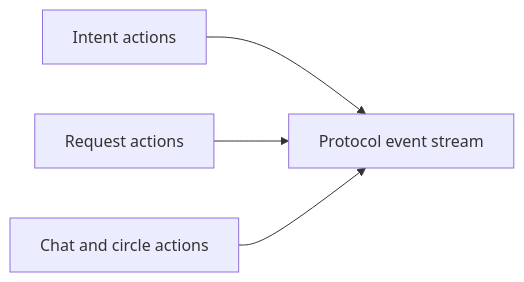
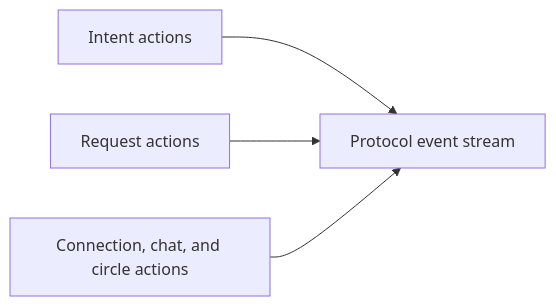
Before and after one commit to TheOpenSocial/openchat: the diagram in docs/examples/protocol-external-actions-reference.md, drawn with Mermaid. The commit also changed other lines of this file and 11 other files, not shown here.

````diff
--- a/docs/examples/protocol-external-actions-reference.md
+++ b/docs/examples/protocol-external-actions-reference.md
@@ -29,6 +29,6 @@
 ```mermaid
 flowchart LR
     A["Intent actions"] --> D["Protocol event stream"]
     B["Request actions"] --> D
-    C["Chat and circle actions"] --> D
+    C["Connection, chat, and circle actions"] --> D
 ```
````
